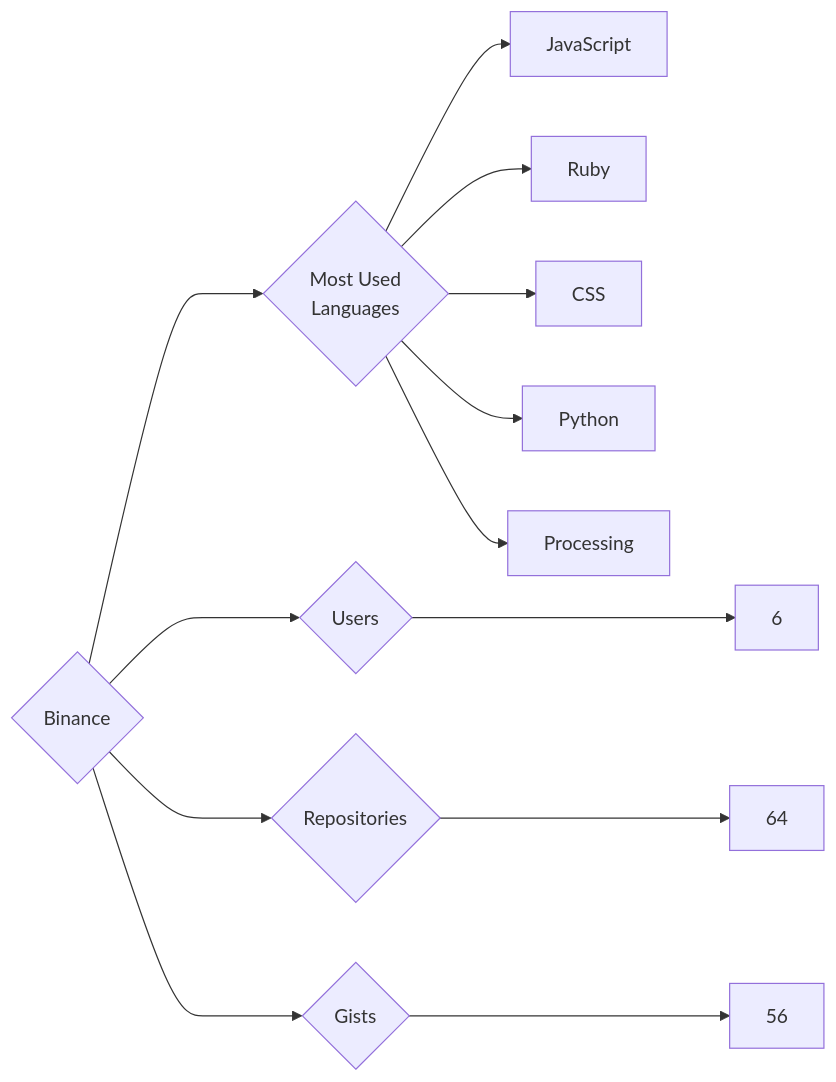
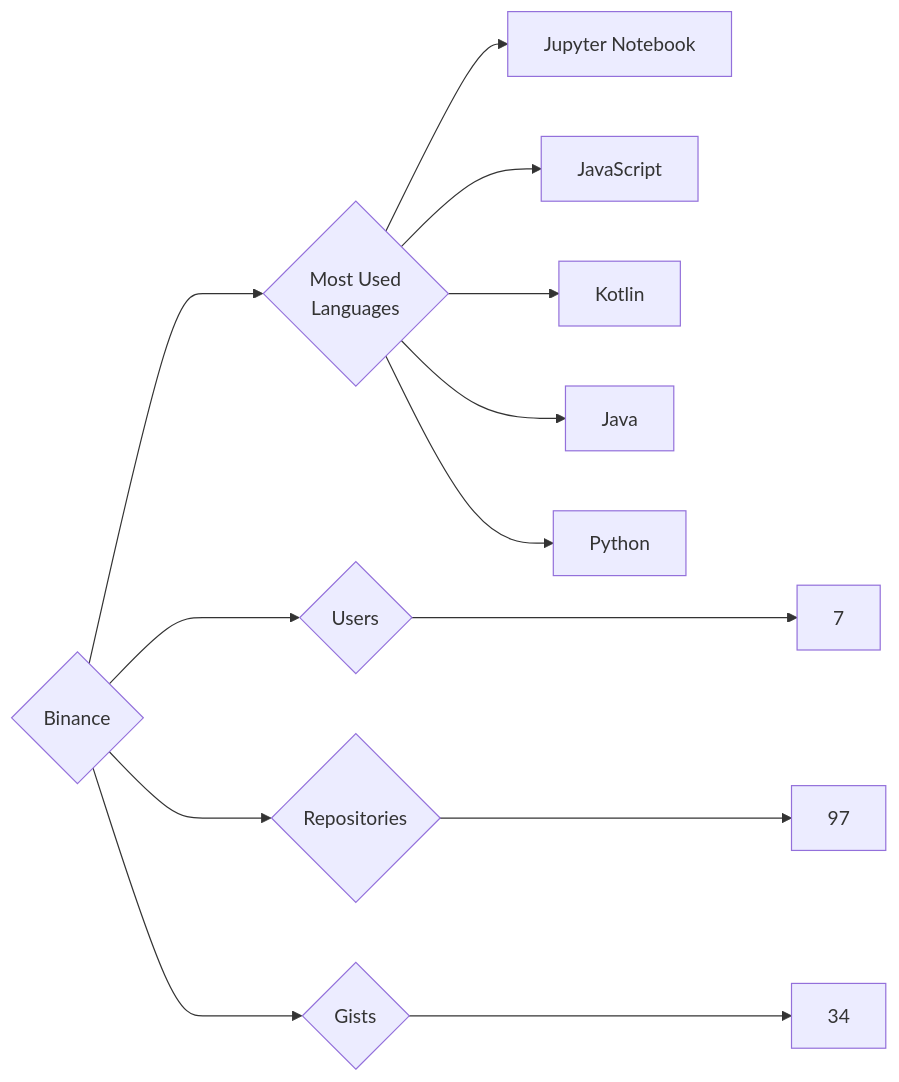
Before and after one commit to trickest/insiders: the diagram in targets/Binance/README.md, drawn with Mermaid. The commit also changed 1023 other files, not shown here.

````diff
--- a/targets/Binance/README.md
+++ b/targets/Binance/README.md
@@ -3,13 +3,13 @@
 ```mermaid
 graph LR
 COMPANY_NAME{Binance}
-COMPANY_NAME ---> U{Users} ---> UN[6]
-COMPANY_NAME ---> R{Repositories} ---> RN[64]
-COMPANY_NAME ---> G{Gists} ---> GN[56]
+COMPANY_NAME ---> U{Users} ---> UN[7]
+COMPANY_NAME ---> R{Repositories} ---> RN[97]
+COMPANY_NAME ---> G{Gists} ---> GN[34]
 COMPANY_NAME ---> ML{Most Used<br>Languages}
+ML --> Jupyter_Notebook[Jupyter Notebook]
 ML --> JavaScript[JavaScript]
-ML --> Ruby[Ruby]
-ML --> CSS[CSS]
+ML --> Kotlin[Kotlin]
+ML --> Java[Java]
 ML --> Python[Python]
-ML --> Processing[Processing]
 ```
````
